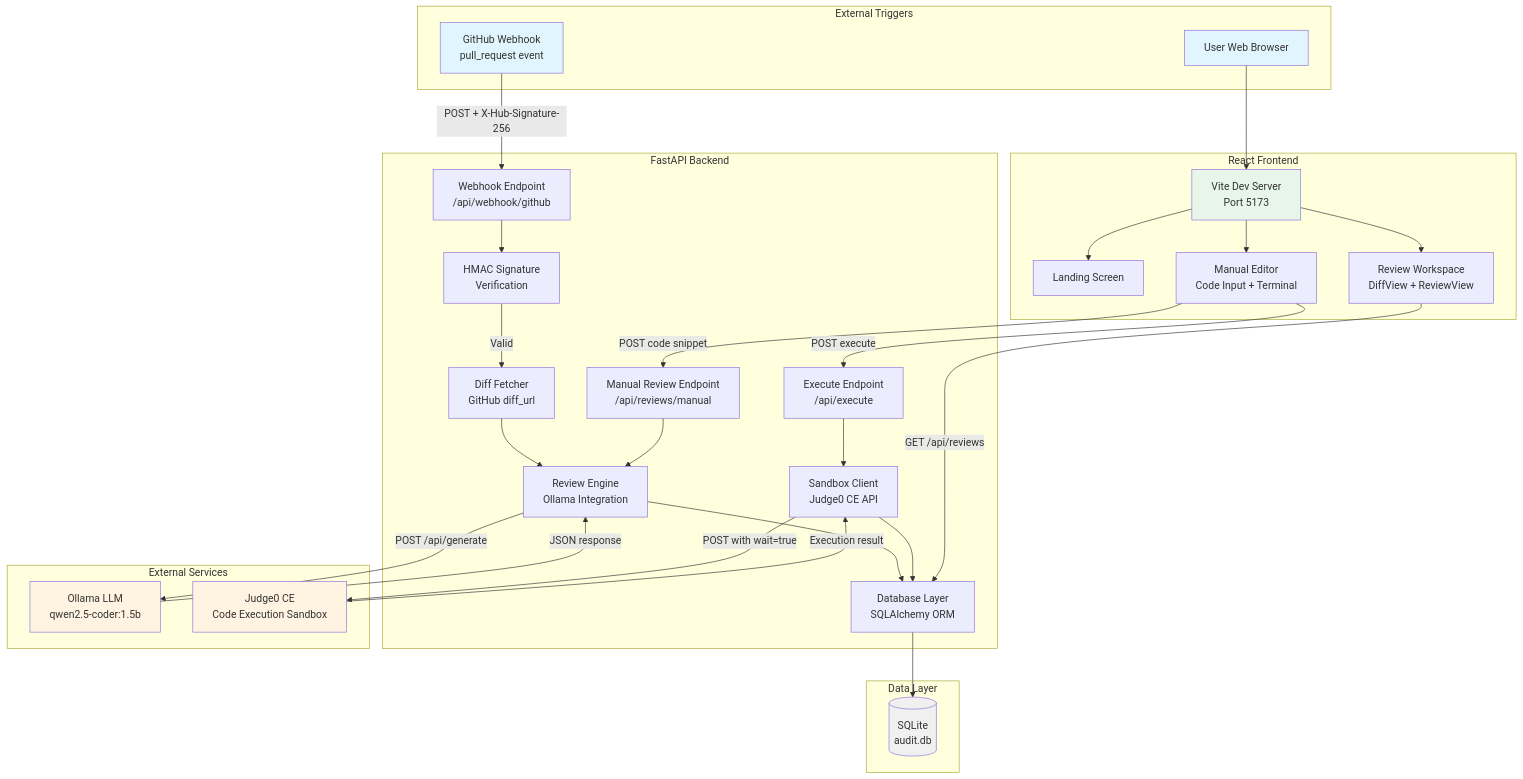
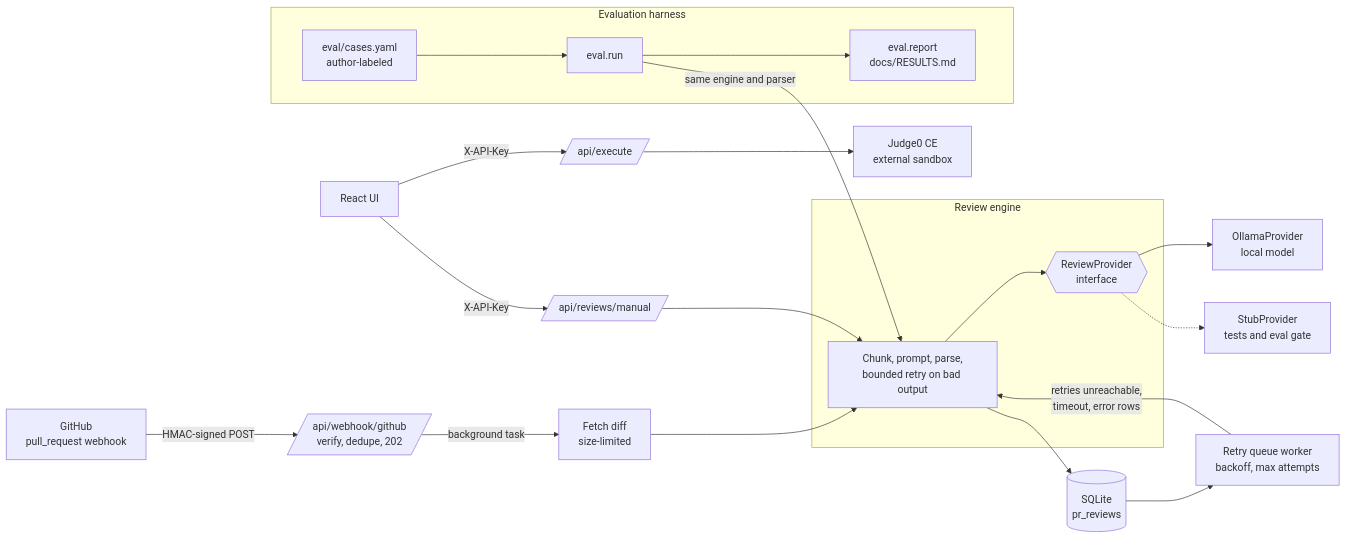
Before and after one commit to mayankranjan-dev/coderev: the diagram in README.md, drawn with Mermaid. The commit also changed other lines of this file and 1 other file, not shown here.

````diff
--- a/README.md
+++ b/README.md
@@ -114,68 +19,28 @@
 ```mermaid
-graph TB
-    subgraph "External Triggers"
-        A[GitHub Webhook<br/>pull_request event]
-        B[User Web Browser]
+flowchart LR
+    GH[GitHub<br/>pull_request webhook] -->|HMAC-signed POST| WH[/api/webhook/github<br/>verify, dedupe, 202/]
+    UI[React UI] -->|X-API-Key| MAN[/api/reviews/manual/]
+    UI -->|X-API-Key| EXE[/api/execute/]
+
+    WH -->|background task| JOB[Fetch diff<br/>size-limited]
+    JOB --> ENG
+    MAN --> ENG
+
+    subgraph REV[Review engine]
+        ENG[Chunk, prompt, parse,<br/>bounded retry on bad output] --> PI{{ReviewProvider<br/>interface}}
     end
+    PI --> OLL[OllamaProvider<br/>local model]
+    PI -.-> STUB[StubProvider<br/>tests and eval gate]
 
-    subgraph "FastAPI Backend"
-        C[Webhook Endpoint<br/>/api/webhook/github]
-        D[Manual Review Endpoint<br/>/api/reviews/manual]
-        E[Execute Endpoint<br/>/api/execute]
-        F[HMAC Signature<br/>Verification]
-        G[Diff Fetcher<br/>GitHub diff_url]
-        H[Review Engine<br/>Ollama Integration]
-        I[Sandbox Client<br/>Judge0 CE API]
-        J[Database Layer<br/>SQLAlchemy ORM]
+    ENG --> DB[(SQLite<br/>pr_reviews)]
+    DB --> RQ[Retry queue worker<br/>backoff, max attempts]
+    RQ -->|retries unreachable,<br/>timeout, error rows| ENG
+
+    EXE --> J0[Judge0 CE<br/>external sandbox]
+
+    subgraph EV[Evaluation harness]
+        CASES[eval/cases.yaml<br/>author-labeled] --> RUN[eval.run]
+        RUN -->|same engine and parser| ENG
+        RUN --> REP[eval.report<br/>docs/RESULTS.md]
     end
-
-    subgraph "Data Layer"
-        K[(SQLite<br/>audit.db)]
-    end
-
-    subgraph "External Services"
-        L[Ollama LLM<br/>qwen2.5-coder:1.5b]
-        M[Judge0 CE<br/>Code Execution Sandbox]
-    end
-
-    subgraph "React Frontend"
-        N[Vite Dev Server<br/>Port 5173]
-        O[Landing Screen]
-        P[Review Workspace<br/>DiffView + ReviewView]
-        Q[Manual Editor<br/>Code Input + Terminal]
-    end
-
-    A -->|POST + X-Hub-Signature-256| C
-    C --> F
-    F -->|Valid| G
-    G --> H
-    B --> N
-    N --> O
-    N --> P
-    N --> Q
-    
-    D --> H
-    E --> I
-    
-    H -->|POST /api/generate| L
-    L -->|JSON response| H
-    
-    I -->|POST with wait=true| M
-    M -->|Execution result| I
-    
-    H --> J
-    I --> J
-    J --> K
-    
-    Q -->|POST code snippet| D
-    Q -->|POST execute| E
-    
-    P -->|GET /api/reviews| J
-
-    style A fill:#e1f5ff
-    style B fill:#e1f5ff
-    style L fill:#fff4e1
-    style M fill:#fff4e1
-    style K fill:#f0f0f0
-    style N fill:#e8f5e9
 ```
````
